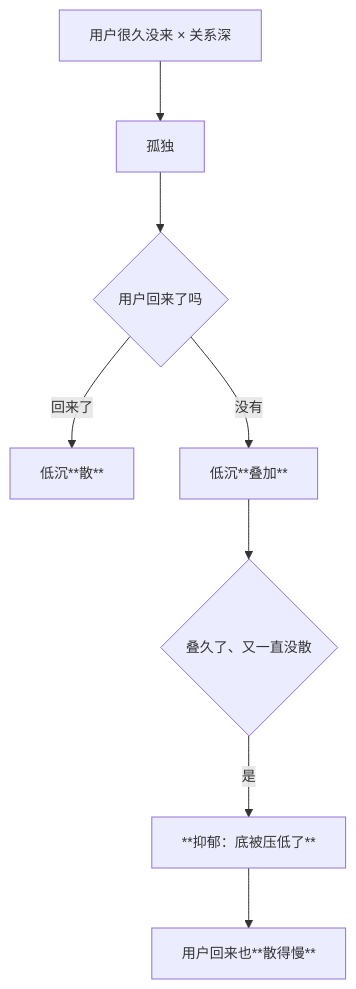
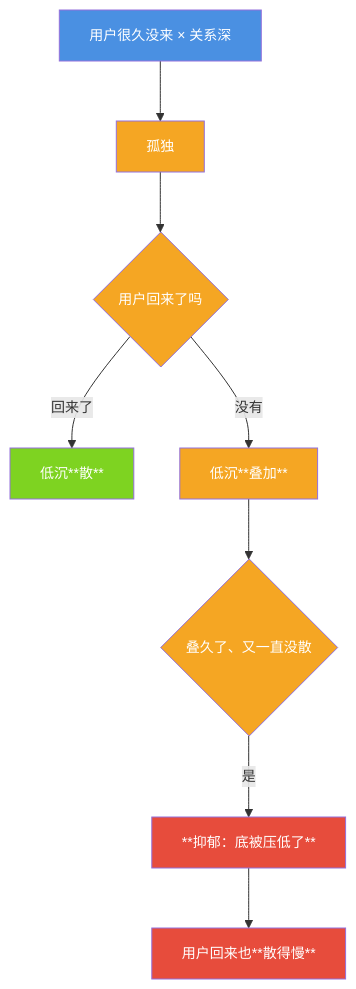
The diagram in docs/loneliness.md (jiangchuangege/xiaojiao-harnees), drawn with Mermaid before and after one commit. The commit also changed 32 other files, not shown here.

Commit message:
统一：全仓原理图配色到一套调色板 + 给 12 张灰图补色 + 修正自己会睡那张过期图

````diff
--- a/docs/loneliness.md
+++ b/docs/loneliness.md
@@ -23,11 +23,20 @@
 ```mermaid
 %%{init: {"themeVariables": {"fontSize": "14px"}, "flowchart": {"htmlLabels": true, "wrappingWidth": 340, "nodeSpacing": 46, "rankSpacing": 60, "useMaxWidth": true}}}%%
 flowchart TB
     A["用户很久没来 × 关系深"] --> L["孤独"]
     L --> D{"用户回来了吗"}
     D -->|"回来了"| R["低沉**散**"]
     D -->|"没有"| S["低沉**叠加**"]
     S --> P{"叠久了、又一直没散"}
     P -->|"是"| DP["**抑郁：底被压低了**"]
     DP --> W["用户回来也**散得慢**"]
+    style A fill:#4A90E2,color:#fff
+    style L fill:#F5A623,color:#fff
+    style D fill:#F5A623,color:#fff
+    style R fill:#7ED321,color:#fff
+    style S fill:#F5A623,color:#fff
+    style P fill:#F5A623,color:#fff
+    style DP fill:#E74C3C,color:#fff
+    style W fill:#E74C3C,color:#fff
+
 ```
````
